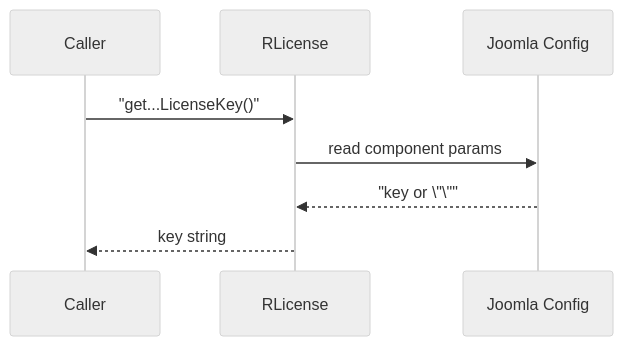
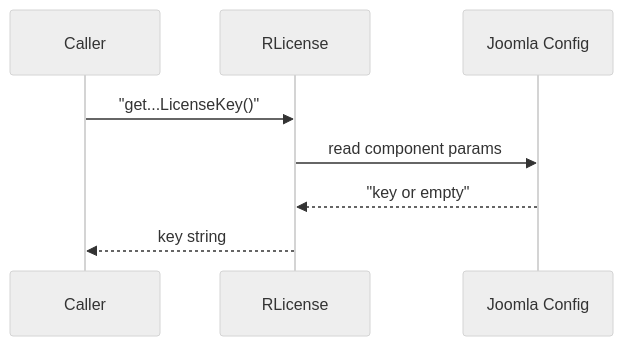
Before and after one commit to pauljrhodes/ramblers-library: the second of 2 diagrams in license/HLD.md, drawn with Mermaid (neutral theme). The commit also changed other lines of this file and 32 other files, not shown here.

Commit message:
Fix Mermaid diagrams for GitHub rendering

````diff
--- a/license/HLD.md
+++ b/license/HLD.md
@@ -38,11 +38,11 @@
 ```mermaid
 sequenceDiagram
     participant Caller
     participant License as RLicense
     participant Joomla as Joomla Config
 
     Caller->>License: "get...LicenseKey()"
     License->>Joomla: read component params
-    Joomla-->>License: "key or \"\""
+    Joomla-->>License: "key or empty"
     License-->>Caller: key string
 ```
````
